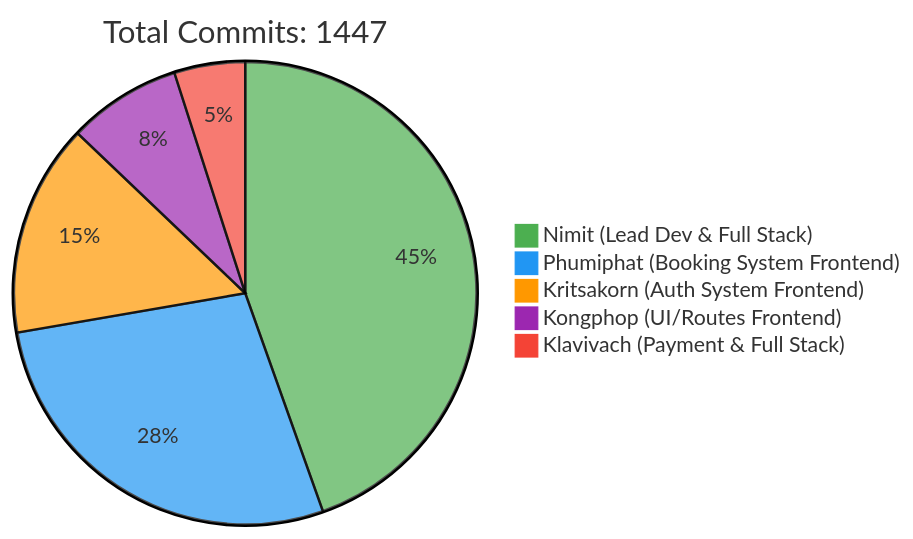
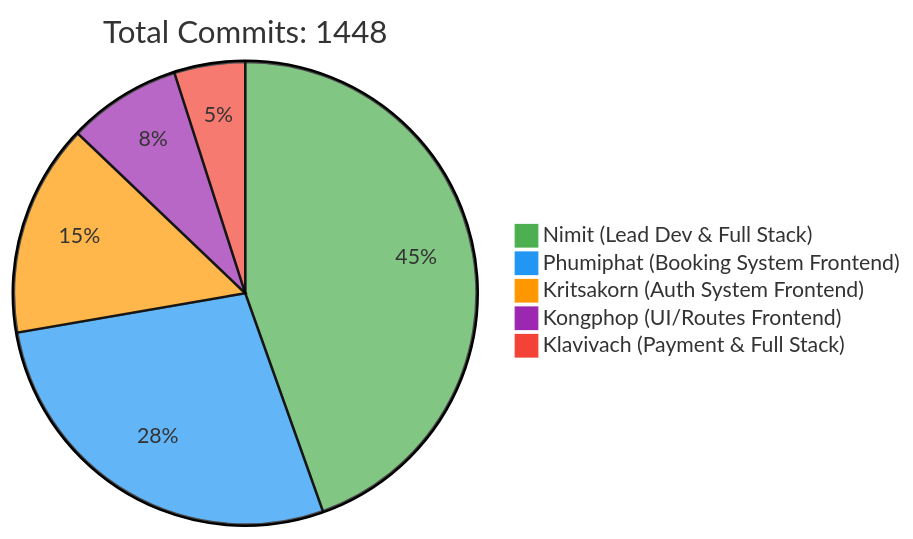
One commit to 6531503042/Sport-Complex changed the first of 2 diagrams in README.md. Above: the diagram before and after it, drawn with Mermaid. The commit also changed other lines of this file, not shown here.

Commit message:
docs: Update contributor statistics [skip ci]

````diff
--- a/README.md
+++ b/README.md
@@ -257,10 +257,10 @@
 ```mermaid
 %%{init: {'theme': 'base', 'themeVariables': { 'pie1': '#4CAF50', 'pie2': '#2196F3', 'pie3': '#FF9800', 'pie4': '#9C27B0', 'pie5': '#F44336'}}}%%
 pie
-    title Total Commits: 1447
+    title Total Commits: 1448
     "Nimit (Lead Dev & Full Stack)" : 450
     "Phumiphat (Booking System Frontend)" : 280
     "Kritsakorn (Auth System Frontend)" : 150
     "Kongphop (UI/Routes Frontend)" : 80
     "Klavivach (Payment & Full Stack)" : 50
 ```
````
